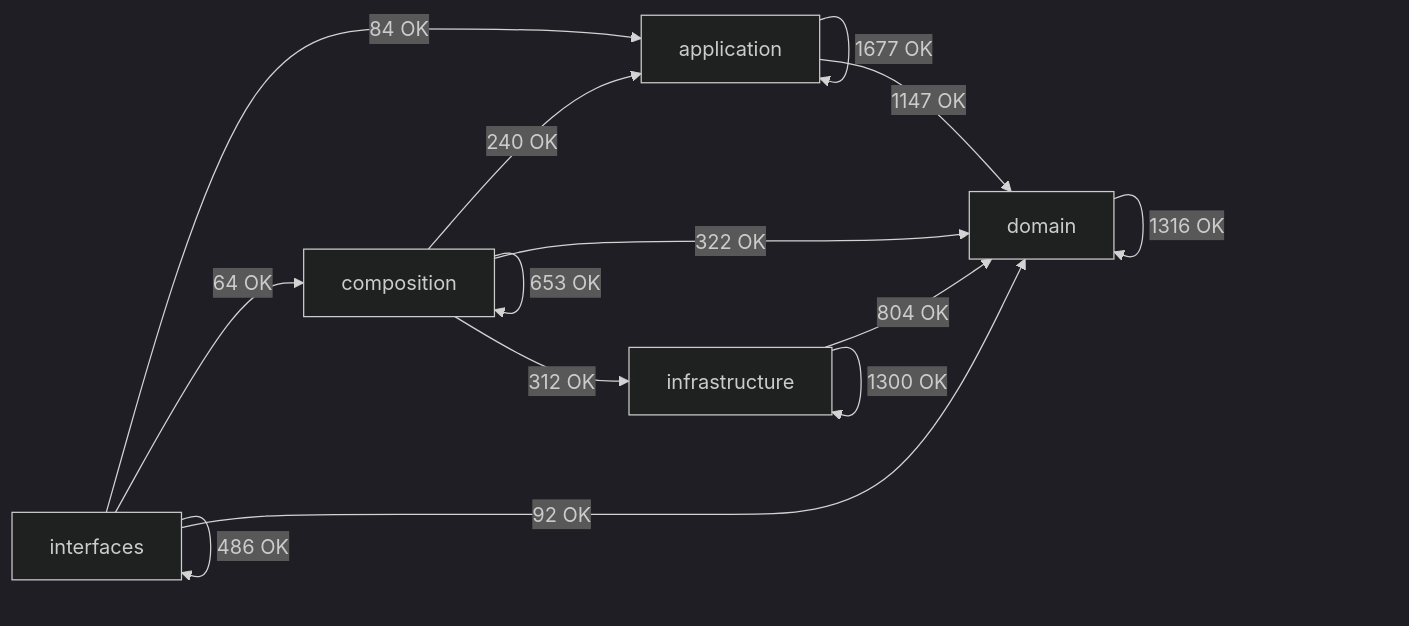
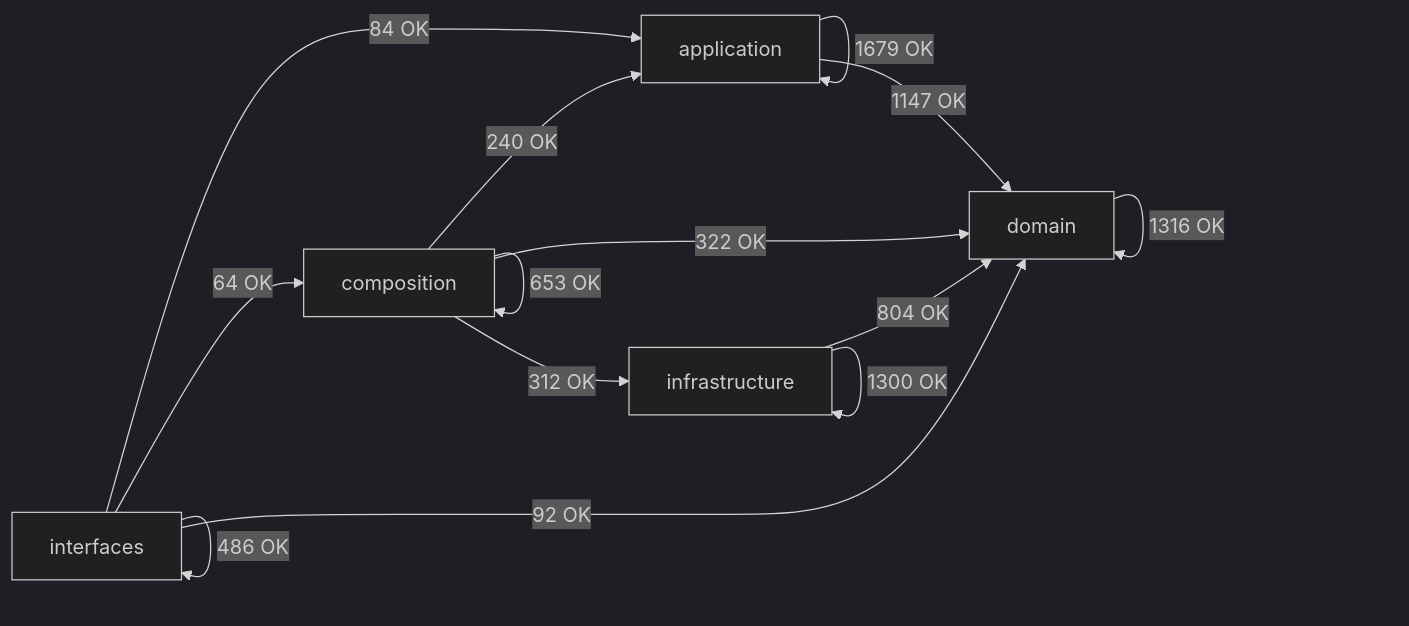
The diagram in docs/02-architecture/generated/module-dependency-map.md (SatoryKono/BioactivityDataAcquisition), drawn with Mermaid (dark theme) before and after one commit. The commit also changed other lines of this file and 1 other file, not shown here.

First line of the commit message:
fix(docs): refresh module-dependency-map after composite schema change

````diff
--- a/docs/02-architecture/generated/module-dependency-map.md
+++ b/docs/02-architecture/generated/module-dependency-map.md
@@ -17,21 +17,21 @@
 ```mermaid
 flowchart LR
     domain[domain]
     application[application]
     infrastructure[infrastructure]
     composition[composition]
     interfaces[interfaces]
-    application -->|1677 OK| application
+    application -->|1679 OK| application
     application -->|1147 OK| domain
     composition -->|240 OK| application
     composition -->|653 OK| composition
     composition -->|322 OK| domain
     composition -->|312 OK| infrastructure
     domain -->|1316 OK| domain
     infrastructure -->|804 OK| domain
     infrastructure -->|1300 OK| infrastructure
     interfaces -->|84 OK| application
     interfaces -->|64 OK| composition
     interfaces -->|92 OK| domain
     interfaces -->|486 OK| interfaces
 ```
````
